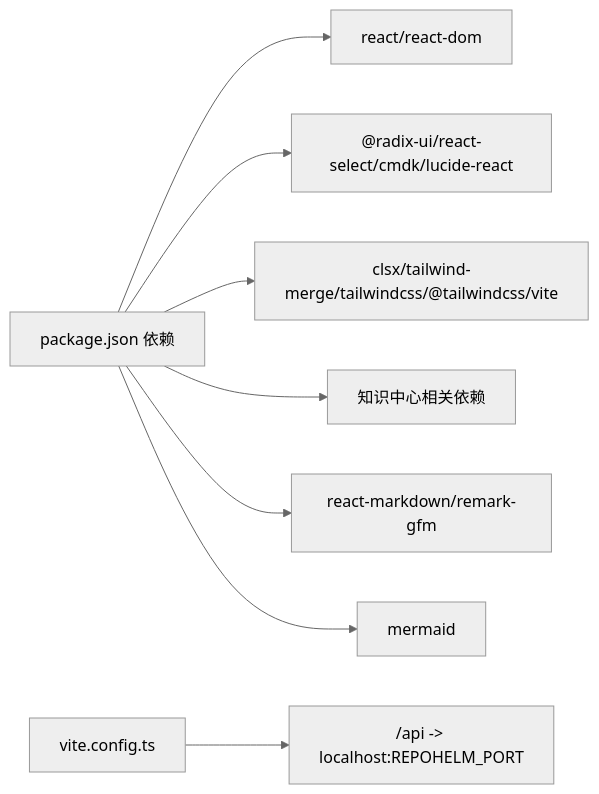
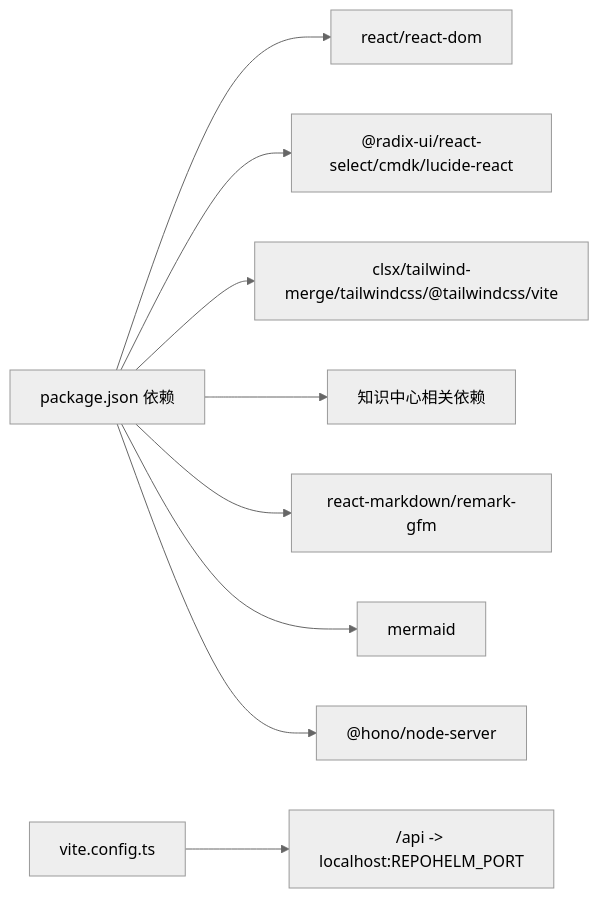
One commit to coconilu/RepoHelm changed diagram 16 of 16 in .qoder/repowiki/zh/content/Web 前端应用/Web 前端应用.md. Above: the diagram before and after it, drawn with Mermaid (neutral theme). The commit also changed other lines of this file and 16 other files, not shown here.

````diff
--- a/.qoder/repowiki/zh/content/Web 前端应用/Web 前端应用.md
+++ b/.qoder/repowiki/zh/content/Web 前端应用/Web 前端应用.md
@@ -727,10 +894,11 @@
 ```mermaid
 graph LR
 PKG["package.json 依赖"] --> REACT["react/react-dom"]
 PKG --> UI["@radix-ui/react-select/cmdk/lucide-react"]
 PKG --> STYLE["clsx/tailwind-merge/tailwindcss/@tailwindcss/vite"]
 PKG --> KNOWLEDGE["知识中心相关依赖"]
 PKG --> MARKDOWN["react-markdown/remark-gfm"]
 PKG --> MERMAID["mermaid"]
+PKG --> GIT["@hono/node-server"]
 VITE["vite.config.ts"] --> PROXY["/api -> localhost:REPOHELM_PORT"]
 ```
````
